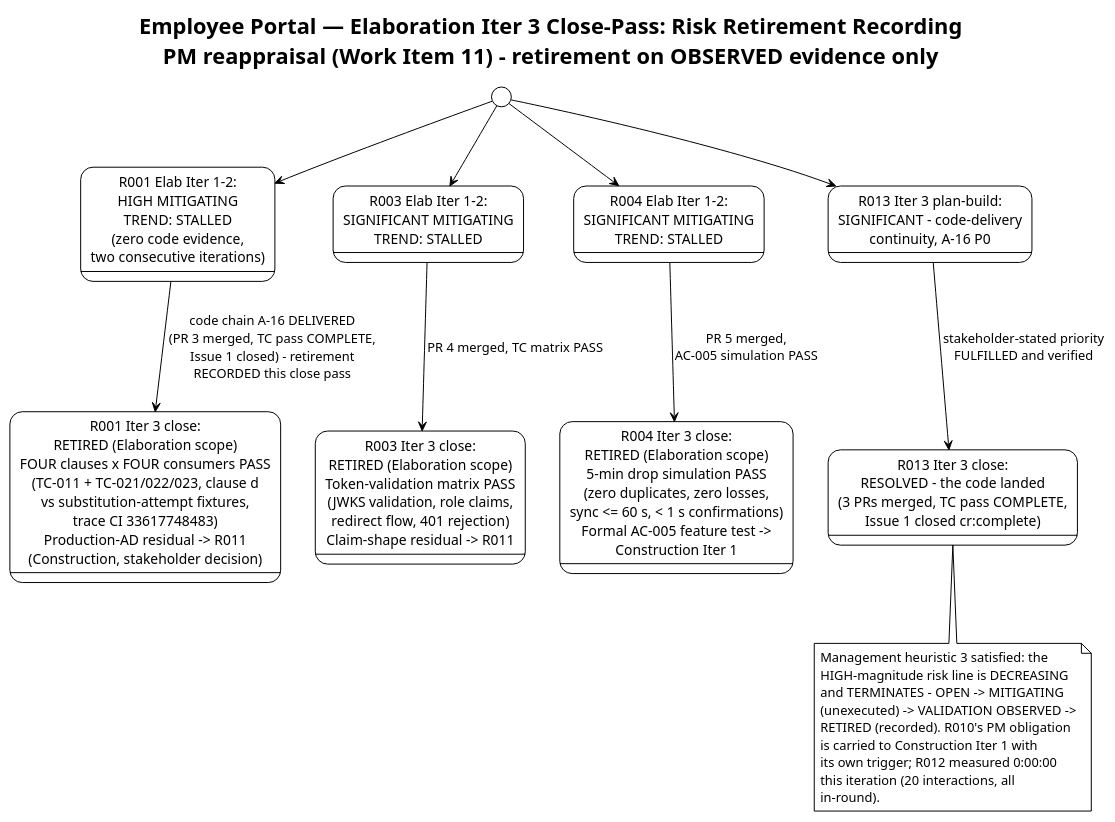
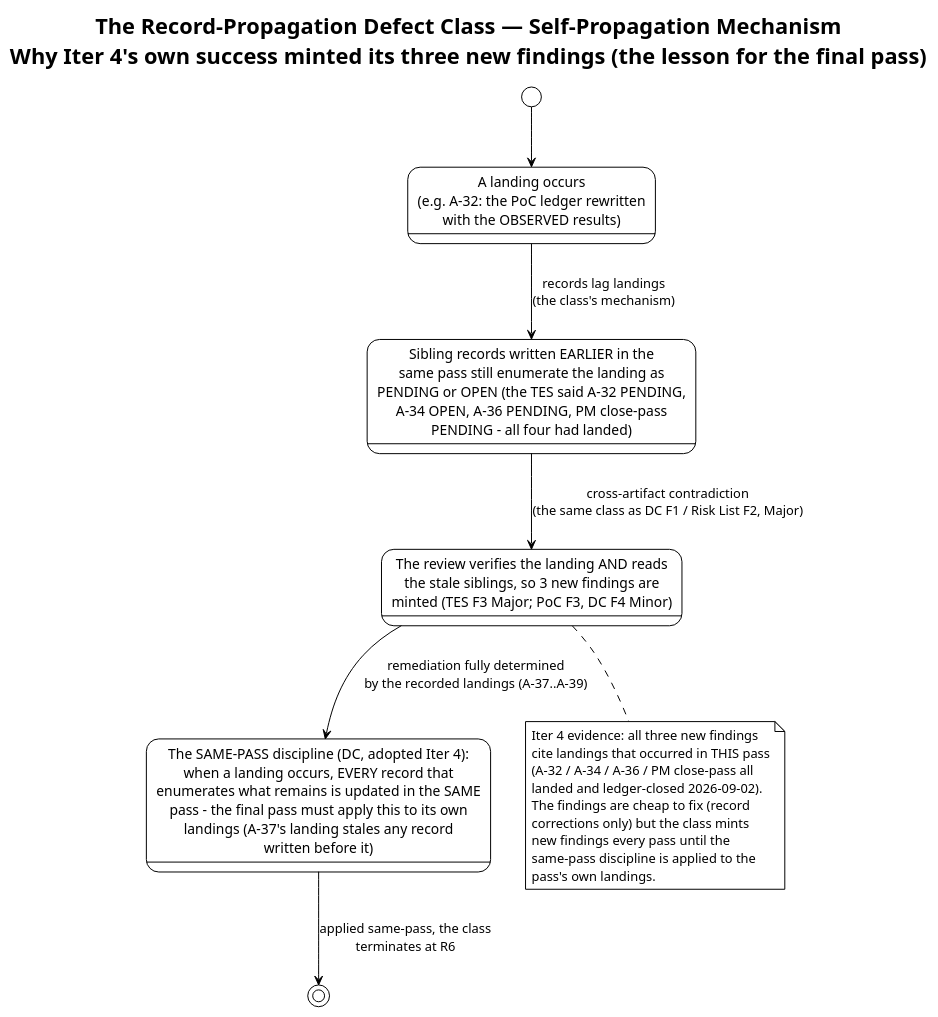
One commit to banense-test/employee-portal changed the fourth of 5 diagrams in docs/artifacts/project-management/iteration-assessment.md. Above: the diagram before and after it, drawn with PlantUML. The commit also changed other lines of this file, not shown here.

First line of the commit message:
Project Manager [E4]: upsert Iteration Assessment

````diff
--- a/docs/artifacts/project-management/iteration-assessment.md
+++ b/docs/artifacts/project-management/iteration-assessment.md
@@ -357,38 +374,29 @@
 ```plantuml
 @startuml
 !theme plain
-title Employee Portal — Elaboration Iter 3 Close-Pass: Risk Retirement Recording\nPM reappraisal (Work Item 11) - retirement on OBSERVED evidence only
+title The Record-Propagation Defect Class — Self-Propagation Mechanism\nWhy Iter 4's own success minted its three new findings (the lesson for the final pass)
 
-[*] --> R001_M
-state "R001 Elab Iter 1-2:\nHIGH MITIGATING\nTREND: STALLED\n(zero code evidence,\ntwo consecutive iterations)" as R001_M
-state "R001 Iter 3 close:\nRETIRED (Elaboration scope)\nFOUR clauses x FOUR consumers PASS\n(TC-011 + TC-021/022/023, clause d\nvs substitution-attempt fixtures,\ntrace CI 33617748483)\nProduction-AD residual -> R011\n(Construction, stakeholder decision)" as R001_R
-R001_M --> R001_R : code chain A-16 DELIVERED\n(PR 3 merged, TC pass COMPLETE,\nIssue 1 closed) - retirement\nRECORDED this close pass
+[*] --> Landing
+state "A landing occurs\n(e.g. A-32: the PoC ledger rewritten\nwith the OBSERVED results)" as Landing
+state "Sibling records written EARLIER in the\nsame pass still enumerate the landing as\nPENDING or OPEN (the TES said A-32 PENDING,\nA-34 OPEN, A-36 PENDING, PM close-pass\nPENDING - all four had landed)" as Stale
+state "The review verifies the landing AND reads\nthe stale siblings, so 3 new findings are\nminted (TES F3 Major; PoC F3, DC F4 Minor)" as Findings
+state "The SAME-PASS discipline (DC, adopted Iter 4):\nwhen a landing occurs, EVERY record that\nenumerates what remains is updated in the SAME\npass - the final pass must apply this to its own\nlandings (A-37's landing stales any record\nwritten before it)" as Cure
 
-[*] --> R003_M
-state "R003 Elab Iter 1-2:\nSIGNIFICANT MITIGATING\nTREND: STALLED" as R003_M
-state "R003 Iter 3 close:\nRETIRED (Elaboration scope)\nToken-validation matrix PASS\n(JWKS validation, role claims,\nredirect flow, 401 rejection)\nClaim-shape residual -> R011" as R003_R
-R003_M --> R003_R : PR 4 merged, TC matrix PASS
+Landing --> Stale : records lag landings\n(the class's mechanism)
+Stale --> Findings : cross-artifact contradiction\n(the same class as DC F1 / Risk List F2, Major)
+Findings --> Cure : remediation fully determined\nby the recorded landings (A-37..A-39)
+Cure --> [*] : applied same-pass, the class\nterminates at R6
 
-[*] --> R004_M
-state "R004 Elab Iter 1-2:\nSIGNIFICANT MITIGATING\nTREND: STALLED" as R004_M
-state "R004 Iter 3 close:\nRETIRED (Elaboration scope)\n5-min drop simulation PASS\n(zero duplicates, zero losses,\nsync <= 60 s, < 1 s confirmations)\nFormal AC-005 feature test ->\nConstruction Iter 1" as R004_R
-R004_M --> R004_R : PR 5 merged,\nAC-005 simulation PASS
-
-[*] --> R013_O
-state "R013 Iter 3 plan-build:\nSIGNIFICANT - code-delivery\ncontinuity, A-16 P0" as R013_O
-state "R013 Iter 3 close:\nRESOLVED - the code landed\n(3 PRs merged, TC pass COMPLETE,\nIssue 1 closed cr:complete)" as R013_R
-R013_O --> R013_R : stakeholder-stated priority\nFULFILLED and verified
-
-note bottom of R013_R
-  Management heuristic 3 satisfied: the
-  HIGH-magnitude risk line is DECREASING
-  and TERMINATES - OPEN -> MITIGATING
-  (unexecuted) -> VALIDATION OBSERVED ->
-  RETIRED (recorded). R010's PM obligation
-  is carried to Construction Iter 1 with
-  its own trigger; R012 measured 0:00:00
-  this iteration (20 interactions, all
-  in-round).
+note bottom of Findings
+  Iter 4 evidence: all three new findings
+  cite landings that occurred in THIS pass
+  (A-32 / A-34 / A-36 / PM close-pass all
+  landed and ledger-closed 2026-09-02).
+  The findings are cheap to fix (record
+  corrections only) but the class mints
+  new findings every pass until the
+  same-pass discipline is applied to the
+  pass's own landings.
 end note
 @enduml
 ```
````
